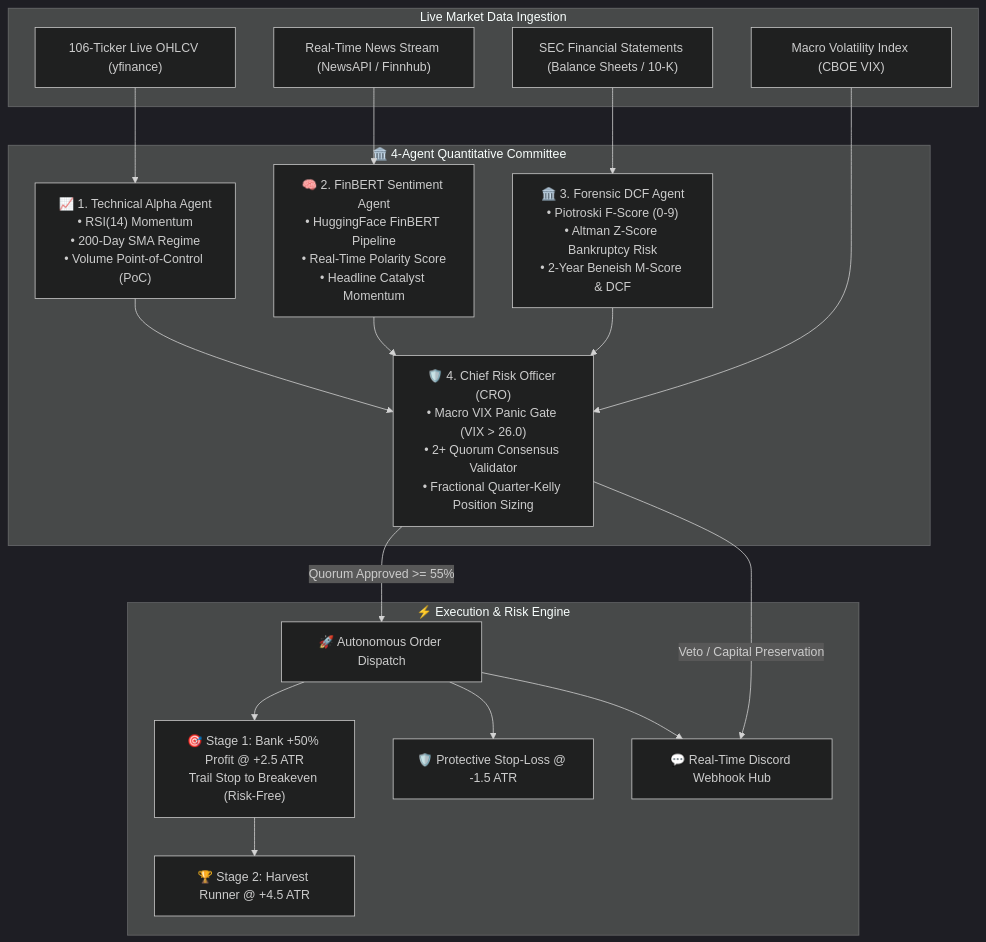
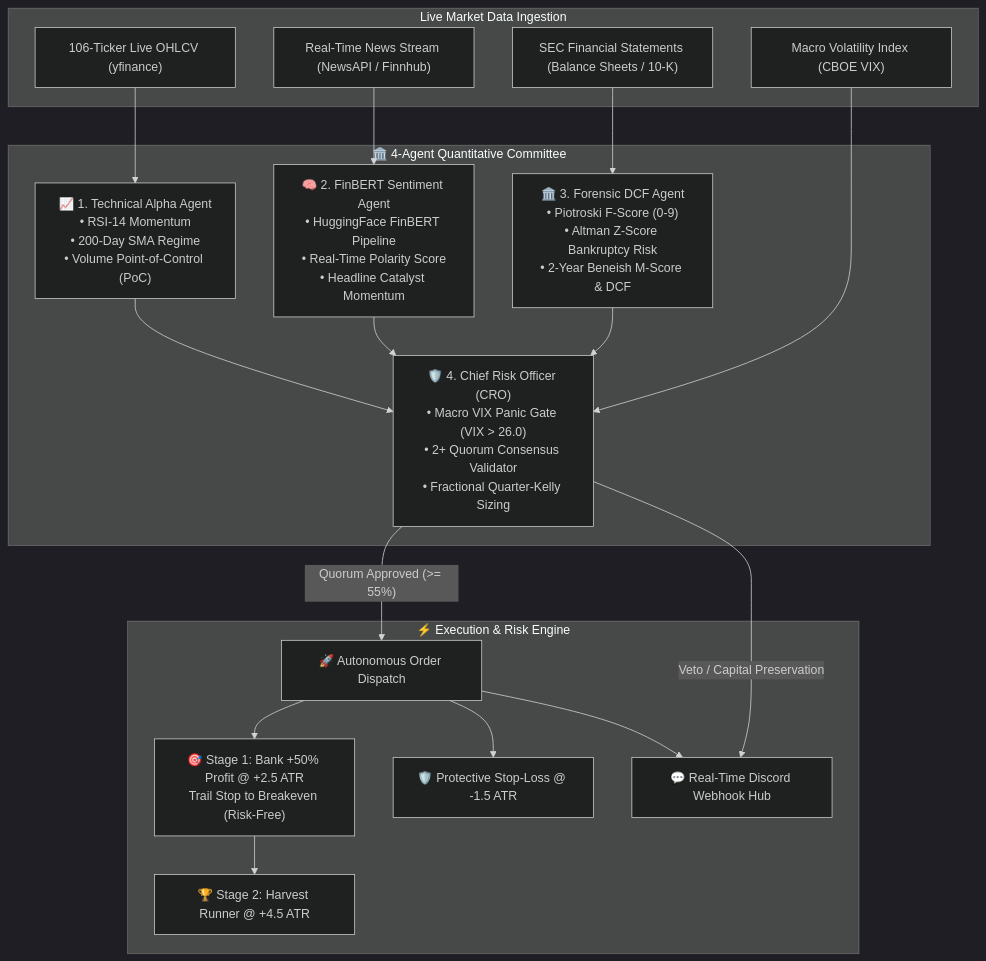
One commit to yash6810/Sentilyze changed the diagram in README.md. Above: the diagram before and after it, drawn with Mermaid (dark theme).

Commit message:
docs: fix Mermaid diagram syntax formatting for GitHub Markdown rendering

````diff
--- a/README.md
+++ b/README.md
@@ -36,54 +36,41 @@
 ```mermaid
 flowchart TD
     subgraph S["Live Market Data Ingestion"]
         OHLCV["106-Ticker Live OHLCV (yfinance)"]
         NEWS["Real-Time News Stream (NewsAPI / Finnhub)"]
         SEC["SEC Financial Statements (Balance Sheets / 10-K)"]
         VIX["Macro Volatility Index (CBOE VIX)"]
     end
 
     subgraph C["🏛️ 4-Agent Quantitative Committee"]
-        A1["📈 1. Technical Alpha Agent
-• RSI(14) Momentum
-• 200-Day SMA Regime
-• Volume Point-of-Control (PoC)"]
-        A2["🧠 2. FinBERT Sentiment Agent
-• HuggingFace FinBERT Pipeline
-• Real-Time Polarity Score
-• Headline Catalyst Momentum"]
-        A3["🏛️ 3. Forensic DCF Agent
-• Piotroski F-Score (0-9)
-• Altman Z-Score Bankruptcy Risk
-• 2-Year Beneish M-Score & DCF"]
-        A4["🛡️ 4. Chief Risk Officer (CRO)
-• Macro VIX Panic Gate (VIX > 26.0)
-• 2+ Quorum Consensus Validator
-• Fractional Quarter-Kelly Position Sizing"]
+        A1["📈 1. Technical Alpha Agent<br/>• RSI-14 Momentum<br/>• 200-Day SMA Regime<br/>• Volume Point-of-Control (PoC)"]
+        A2["🧠 2. FinBERT Sentiment Agent<br/>• HuggingFace FinBERT Pipeline<br/>• Real-Time Polarity Score<br/>• Headline Catalyst Momentum"]
+        A3["🏛️ 3. Forensic DCF Agent<br/>• Piotroski F-Score (0-9)<br/>• Altman Z-Score Bankruptcy Risk<br/>• 2-Year Beneish M-Score & DCF"]
+        A4["🛡️ 4. Chief Risk Officer (CRO)<br/>• Macro VIX Panic Gate (VIX &gt; 26.0)<br/>• 2+ Quorum Consensus Validator<br/>• Fractional Quarter-Kelly Sizing"]
     end
 
     subgraph E["⚡ Execution & Risk Engine"]
         ORD["🚀 Autonomous Order Dispatch"]
-        TP1["🎯 Stage 1: Bank +50% Profit @ +2.5 ATR
-Trail Stop to Breakeven (Risk-Free)"]
+        TP1["🎯 Stage 1: Bank +50% Profit @ +2.5 ATR<br/>Trail Stop to Breakeven (Risk-Free)"]
         TP2["🏆 Stage 2: Harvest Runner @ +4.5 ATR"]
         SL["🛡️ Protective Stop-Loss @ -1.5 ATR"]
         DISCORD["💬 Real-Time Discord Webhook Hub"]
     end
 
     OHLCV --> A1
     NEWS --> A2
     SEC --> A3
     VIX --> A4
 
     A1 --> A4
     A2 --> A4
     A3 --> A4
 
-    A4 -->|Quorum Approved >= 55%| ORD
-    A4 -->|Veto / Capital Preservation| DISCORD
+    A4 -->|"Quorum Approved (&gt;= 55%)"| ORD
+    A4 -->|"Veto / Capital Preservation"| DISCORD
 
     ORD --> TP1
     TP1 --> TP2
     ORD --> SL
     ORD --> DISCORD
 ```
````
